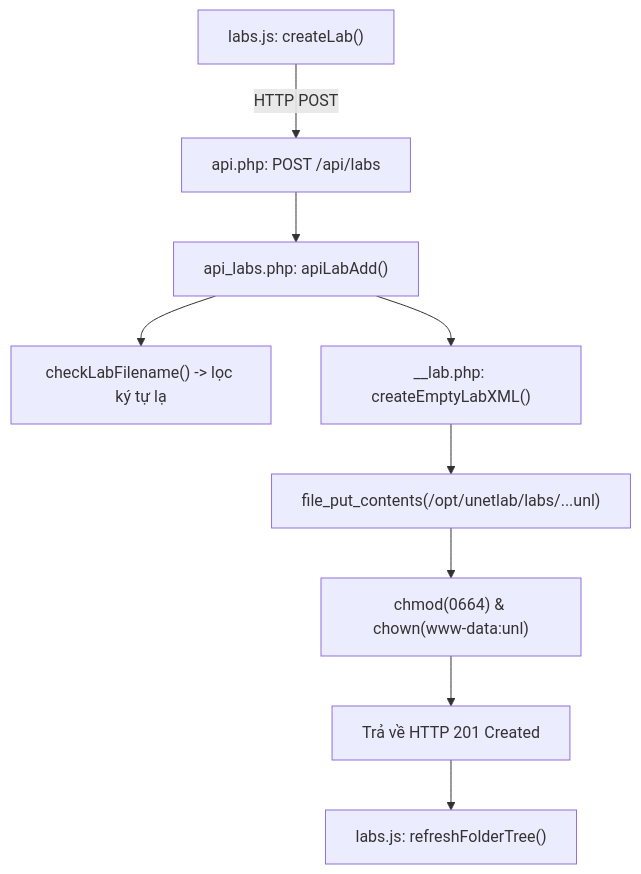
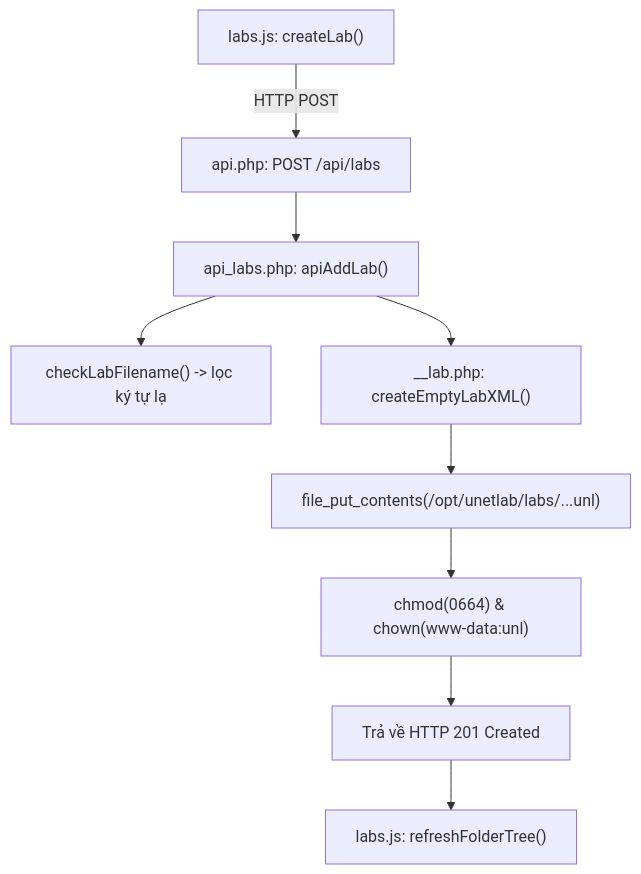
The diagram in docs/03-diagrams/f20-lab-crud-tree-callgraph.md (Luuxinhxinh/pnet-v8), drawn with Mermaid before and after one commit. The commit also changed 39 other files, not shown here.

````diff
--- a/docs/03-diagrams/f20-lab-crud-tree-callgraph.md
+++ b/docs/03-diagrams/f20-lab-crud-tree-callgraph.md
@@ -9,11 +9,11 @@
 ```mermaid
 graph TD
     UI["labs.js: createLab()"] -->|HTTP POST| API["api.php: POST /api/labs"]
-    API --> CONTROLLER["api_labs.php: apiLabAdd()"]
+    API --> CONTROLLER["api_labs.php: apiAddLab()"]
     CONTROLLER --> SANITIZE["checkLabFilename() -> lọc ký tự lạ"]
     CONTROLLER --> INIT_XML["__lab.php: createEmptyLabXML()"]
     INIT_XML --> WRITE_FS["file_put_contents(/opt/unetlab/labs/...unl)"]
     WRITE_FS --> CHMOD["chmod(0664) & chown(www-data:unl)"]
     CHMOD --> RESP["Trả về HTTP 201 Created"]
     RESP --> REFRESH_TREE["labs.js: refreshFolderTree()"]
 ```
````
